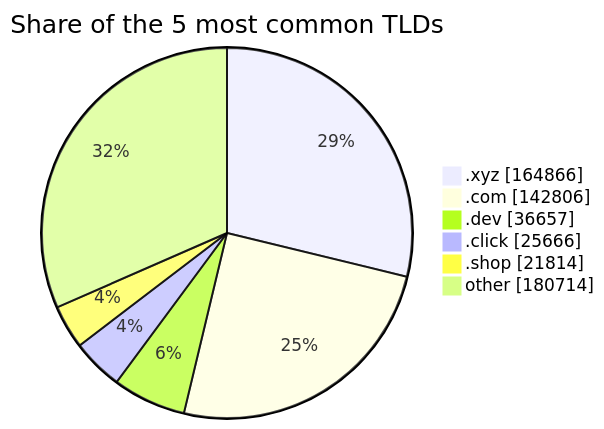
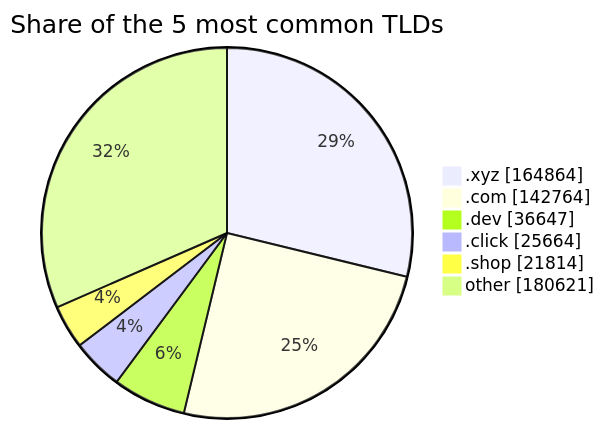
One commit to DNSBunker/CTI changed the third of 3 diagrams in README.md. Above: the diagram before and after it, drawn with Mermaid. The commit also changed other lines of this file and 3 other files, not shown here.

````diff
--- a/README.md
+++ b/README.md
@@ -81,9 +81,9 @@
 ```mermaid
 pie showData title Share of the 5 most common TLDs
-    ".xyz" : 164866
-    ".com" : 142806
-    ".dev" : 36657
-    ".click" : 25666
+    ".xyz" : 164864
+    ".com" : 142764
+    ".dev" : 36647
+    ".click" : 25664
     ".shop" : 21814
-    "other" : 180714
+    "other" : 180621
 ```
````
